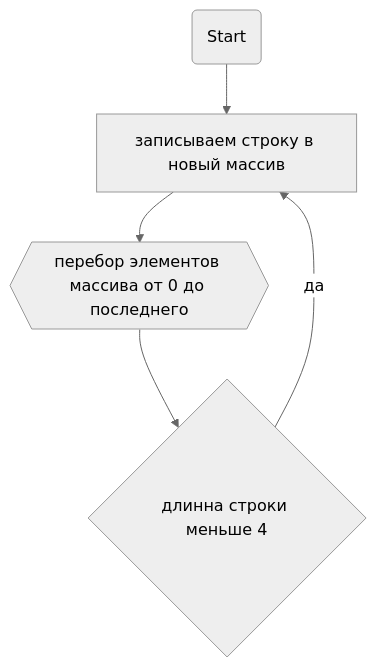
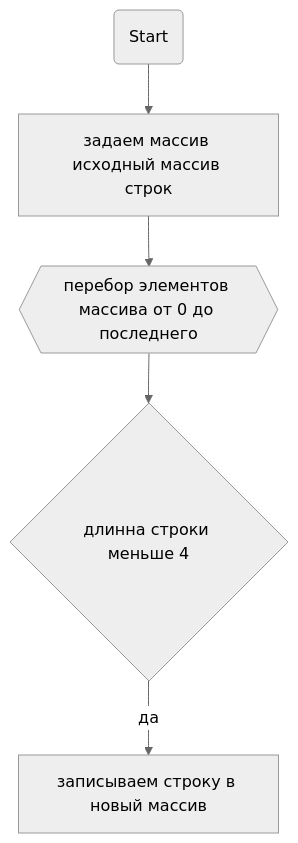
One commit to Adalberto777/FinalTestWork changed the diagram in README.md. Above: the diagram before and after it, drawn with Mermaid (neutral theme).

Commit message:
block diagram

````diff
--- a/README.md
+++ b/README.md
@@ -14,7 +14,7 @@
 ```mermaid
   graph TB;       
-    node2(Start)  --> node1[задаем массив исходный массив строк];
-    node1[задаем массив исходный массив строк] --> node9{{перебор элементов массива от 0 до последнего}};
-    node9{{перебор элементов массива от 0 до последнего}} --> node8{длинна строки меньше 4};
-    node8{длинна строки меньше 4} -- да --> node1[записываем строку в новый массив];
+    node1(Start)  --> node2[задаем массив исходный массив строк];
+    node2[задаем массив исходный массив строк] --> node3{{перебор элементов массива от 0 до последнего}};
+    node3{{перебор элементов массива от 0 до последнего}} --> node4{длинна строки меньше 4};
+    node4{длинна строки меньше 4} -- да --> node5[записываем строку в новый массив];
 ```
````
